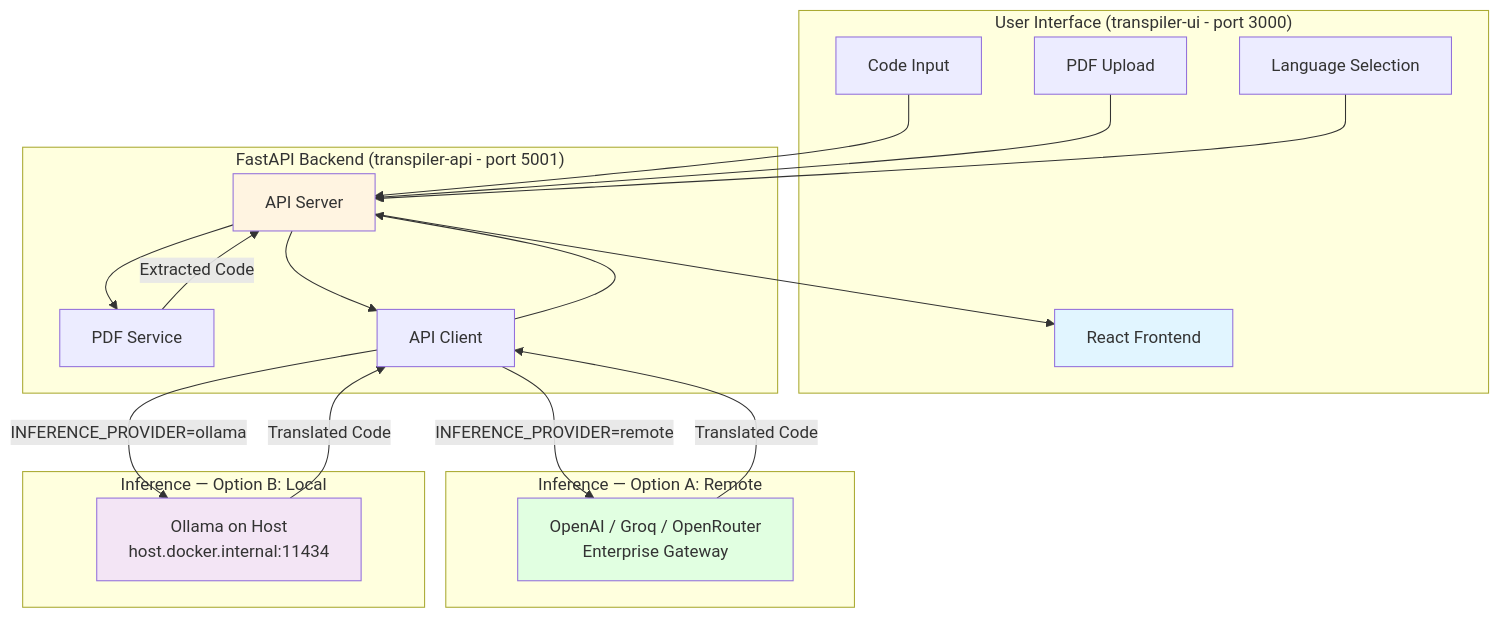
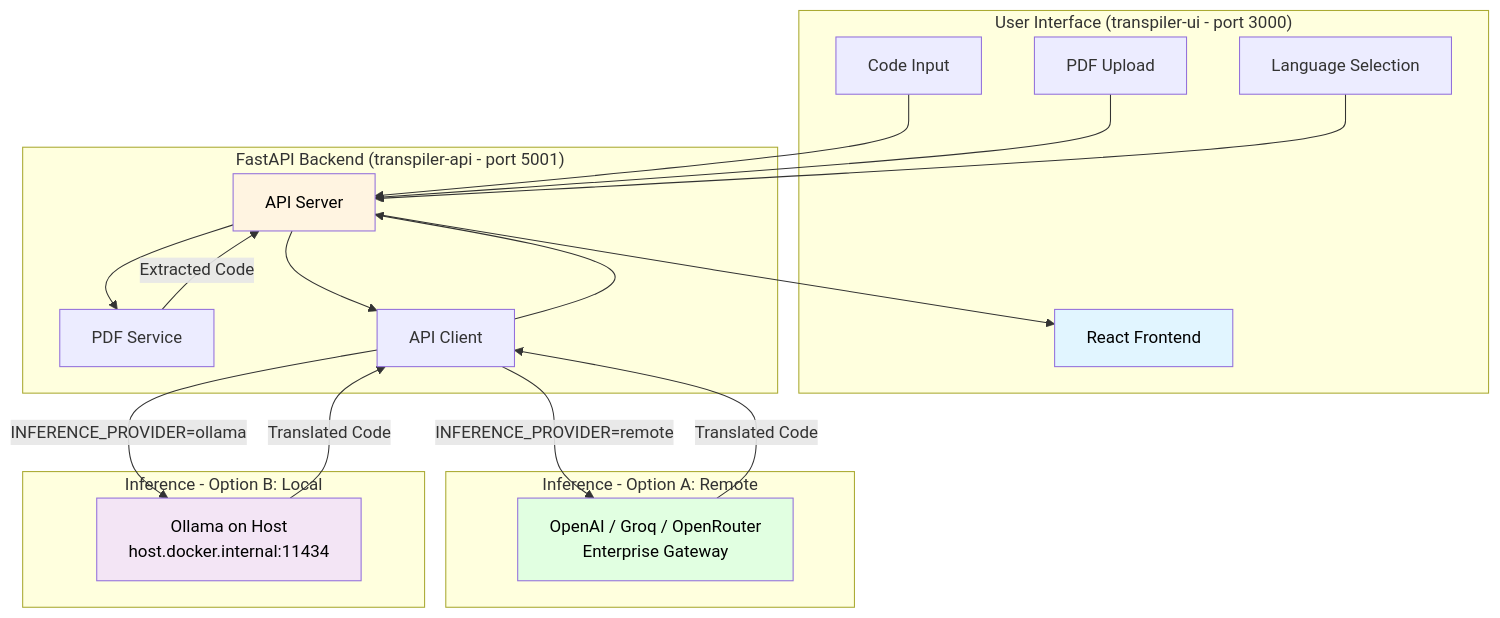
The diagram in README.md (cld2labs/CodeTrans), drawn with Mermaid before and after one commit.

Commit message:
fix(docs): fix mermaid text visibility and remaining em dashes in subgraph labels

````diff
--- a/README.md
+++ b/README.md
@@ -79,41 +79,41 @@
 ```mermaid
 graph TB
     subgraph "User Interface (transpiler-ui - port 3000)"
         A[React Frontend]
         A1[Code Input]
         A2[PDF Upload]
         A3[Language Selection]
     end
 
     subgraph "FastAPI Backend (transpiler-api - port 5001)"
         B[API Server]
         C[PDF Service]
         D[API Client]
     end
 
-    subgraph "Inference — Option A: Remote"
+    subgraph "Inference - Option A: Remote"
         E[OpenAI / Groq / OpenRouter<br/>Enterprise Gateway]
     end
 
-    subgraph "Inference — Option B: Local"
+    subgraph "Inference - Option B: Local"
         F[Ollama on Host<br/>host.docker.internal:11434]
     end
 
     A1 --> B
     A2 --> B
     A3 --> B
     B --> C
     C -->|Extracted Code| B
     B --> D
     D -->|INFERENCE_PROVIDER=remote| E
     D -->|INFERENCE_PROVIDER=ollama| F
     E -->|Translated Code| D
     F -->|Translated Code| D
     D --> B
     B --> A
 
-    style A fill:#e1f5ff
-    style B fill:#fff4e1
-    style E fill:#e1ffe1
-    style F fill:#f3e5f5
+    style A fill:#e1f5ff,color:#000
+    style B fill:#fff4e1,color:#000
+    style E fill:#e1ffe1,color:#000
+    style F fill:#f3e5f5,color:#000
 ```
````
